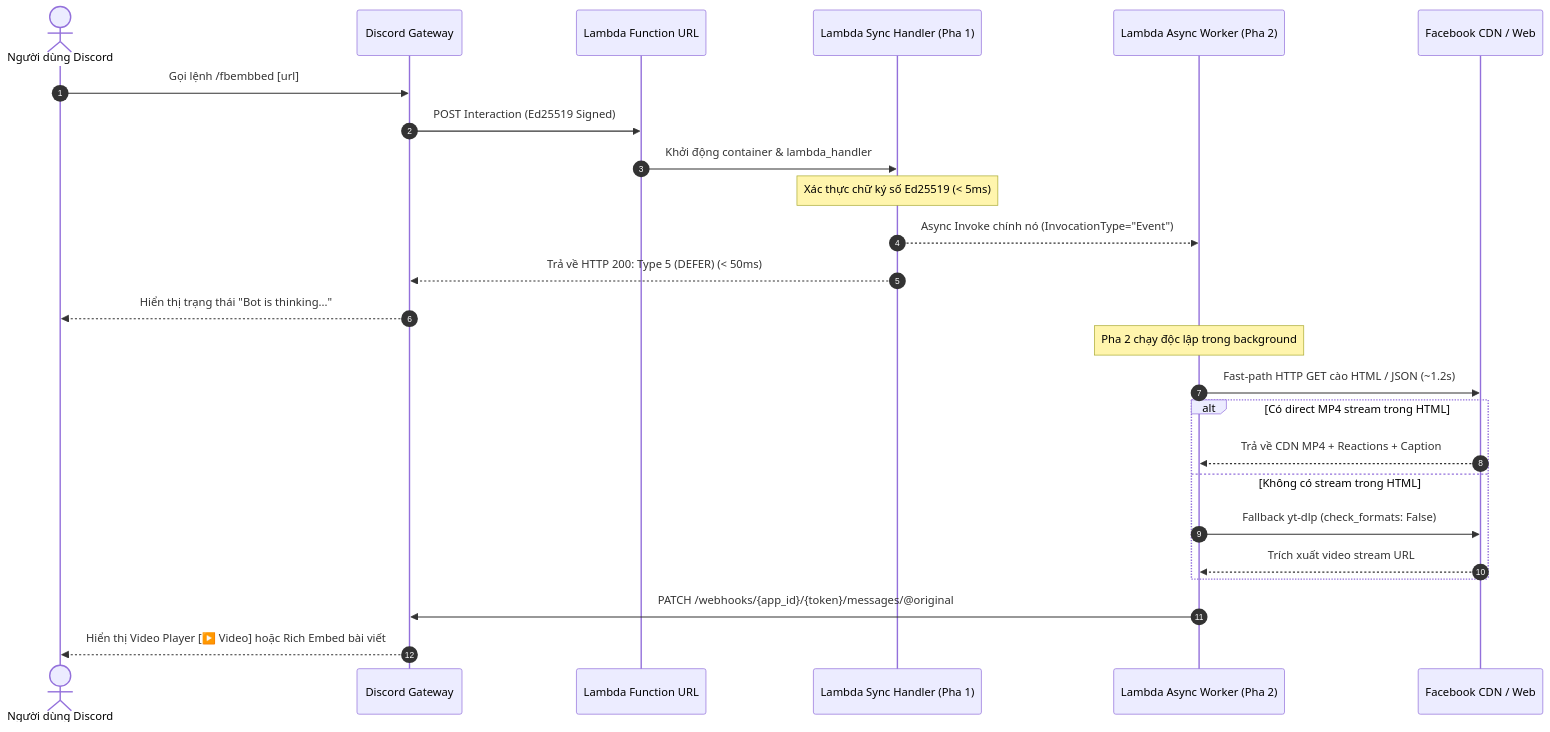
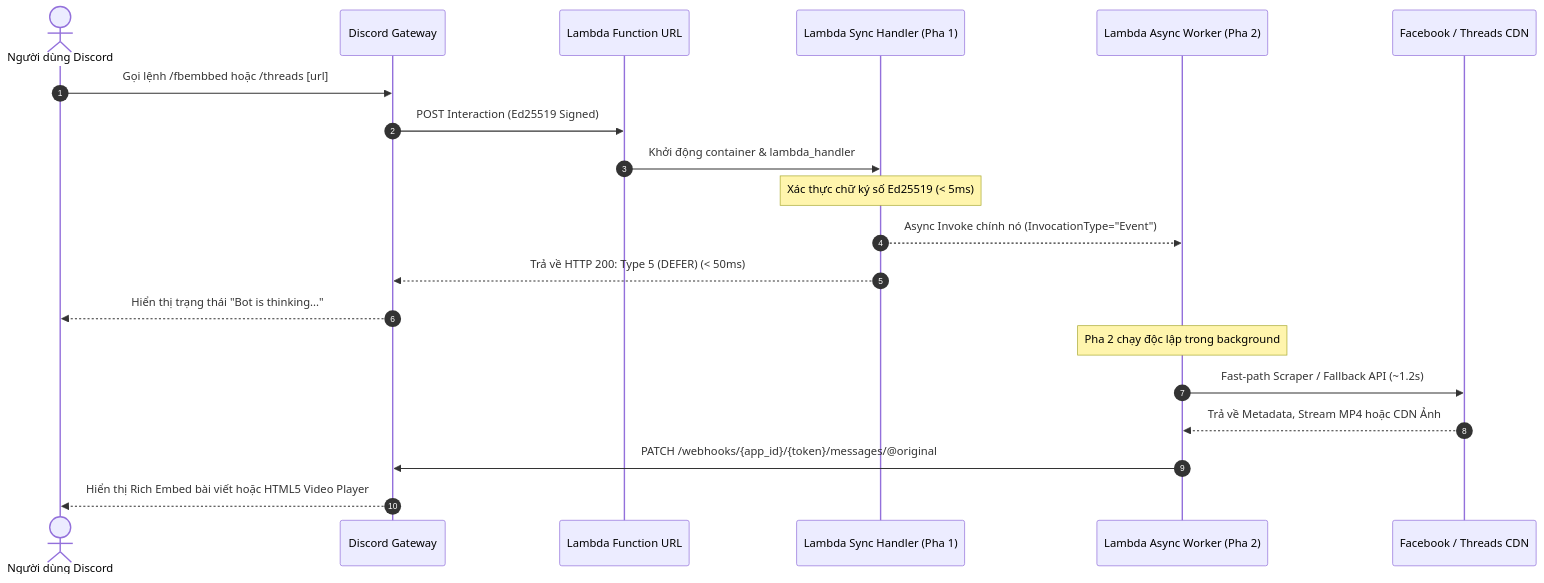
The diagram in README.md (NagikoPokPok/Facebook_bot), drawn with Mermaid before and after one commit. The commit also changed other lines of this file and 2 other files, not shown here.

````diff
--- a/README.md
+++ b/README.md
@@ -14,31 +29,25 @@
 ```mermaid
 sequenceDiagram
     autonumber
     actor User as Người dùng Discord
     participant Discord as Discord Gateway
     participant URL as Lambda Function URL
     participant Handler as Lambda Sync Handler (Pha 1)
     participant Worker as Lambda Async Worker (Pha 2)
-    participant FB as Facebook CDN / Web
+    participant Platforms as Facebook / Threads CDN
 
-    User->>Discord: Gọi lệnh /fbembbed [url]
+    User->>Discord: Gọi lệnh /fbembbed hoặc /threads [url]
     Discord->>URL: POST Interaction (Ed25519 Signed)
     URL->>Handler: Khởi động container & lambda_handler
 
     Note over Handler: Xác thực chữ ký số Ed25519 (< 5ms)
     Handler-->>Worker: Async Invoke chính nó (InvocationType="Event")
     Handler-->>Discord: Trả về HTTP 200: Type 5 (DEFER) (< 50ms)
     Discord-->>User: Hiển thị trạng thái "Bot is thinking..."
 
     Note over Worker: Pha 2 chạy độc lập trong background
-    Worker->>FB: Fast-path HTTP GET cào HTML / JSON (~1.2s)
-    alt Có direct MP4 stream trong HTML
-        FB-->>Worker: Trả về CDN MP4 + Reactions + Caption
-    else Không có stream trong HTML
-        Worker->>FB: Fallback yt-dlp (check_formats: False)
-        FB-->>Worker: Trích xuất video stream URL
-    end
-
+    Worker->>Platforms: Fast-path Scraper / Fallback API (~1.2s)
+    Platforms-->>Worker: Trả về Metadata, Stream MP4 hoặc CDN Ảnh
     Worker->>Discord: PATCH /webhooks/{app_id}/{token}/messages/@original
-    Discord-->>User: Hiển thị Video Player [▶️ Video] hoặc Rich Embed bài viết
+    Discord-->>User: Hiển thị Rich Embed bài viết hoặc HTML5 Video Player
 ```
````
